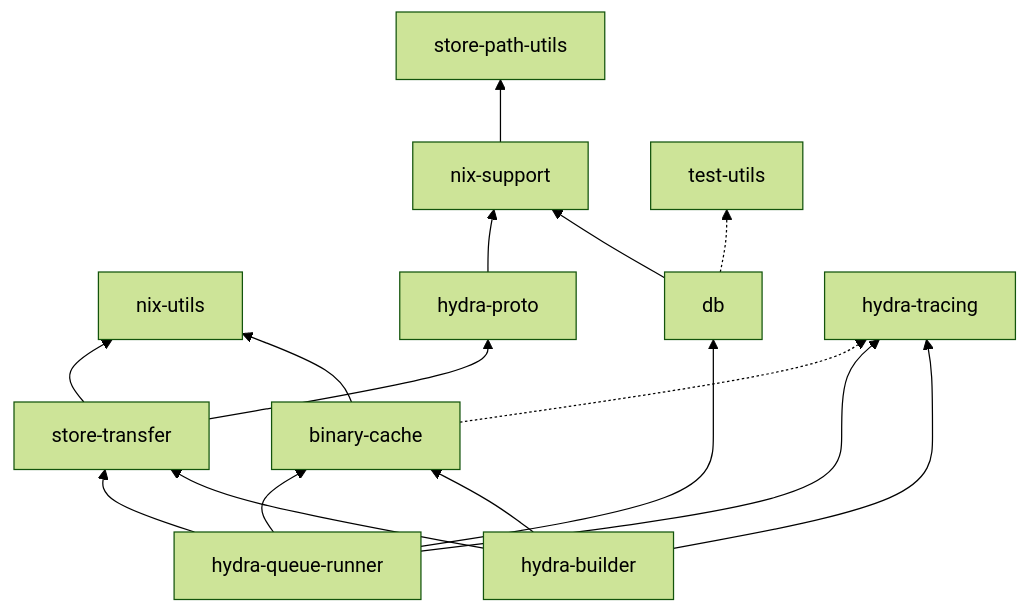
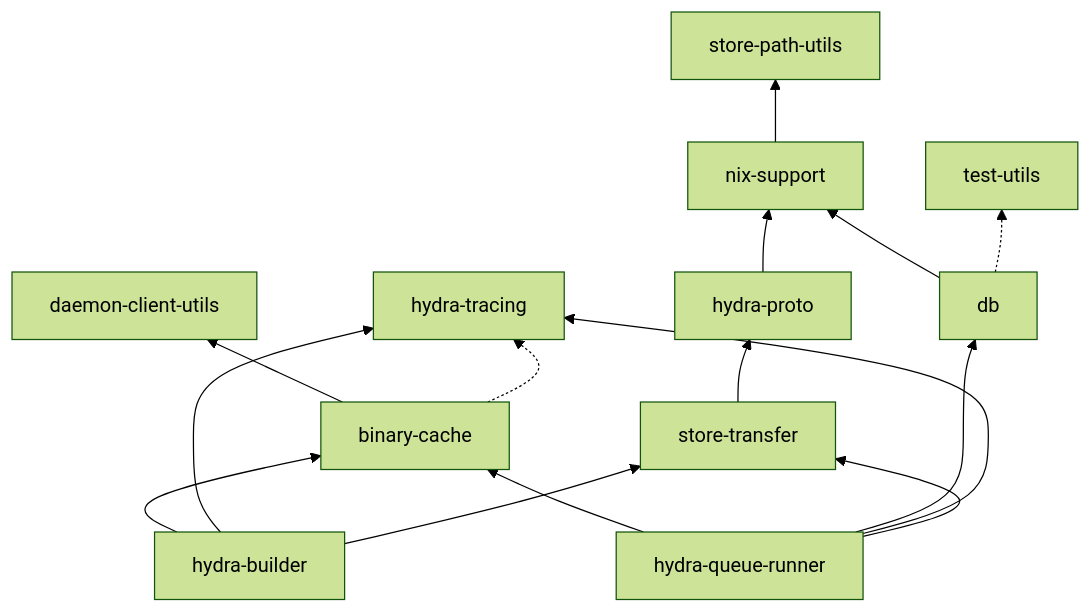
The diagram in subprojects/hydra-manual/src/architecture.md (NixOS/hydra), drawn with Mermaid (forest theme) before and after one commit. The commit also changed other lines of this file and 69 other files, not shown here.

First line of the commit message:
Remove `nix-utils` C++ FFI, use harmonia daemon protocol

````diff
--- a/subprojects/hydra-manual/src/architecture.md
+++ b/subprojects/hydra-manual/src/architecture.md
@@ -62,18 +62,17 @@
 ```mermaid
 graph BT
-    binary-cache --> nix-utils
+    binary-cache --> daemon-client-utils
     nix-support --> store-path-utils
     db --> nix-support
     hydra-proto --> nix-support
     store-transfer --> hydra-proto
-    store-transfer --> nix-utils
     hydra-builder --> binary-cache
     hydra-builder --> hydra-tracing
     hydra-builder --> store-transfer
     hydra-queue-runner --> binary-cache
     hydra-queue-runner --> db
     hydra-queue-runner --> hydra-tracing
     hydra-queue-runner --> store-transfer
     binary-cache -.-> hydra-tracing
     db -.-> test-utils
 ```
````
